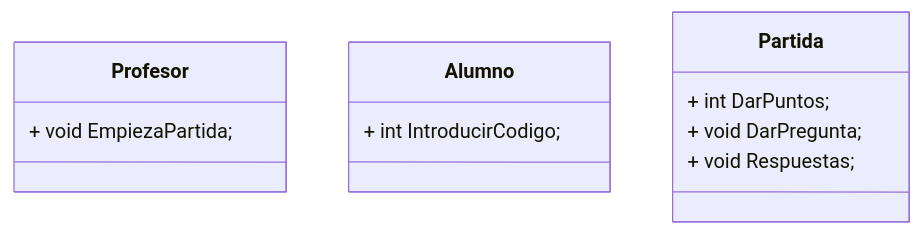
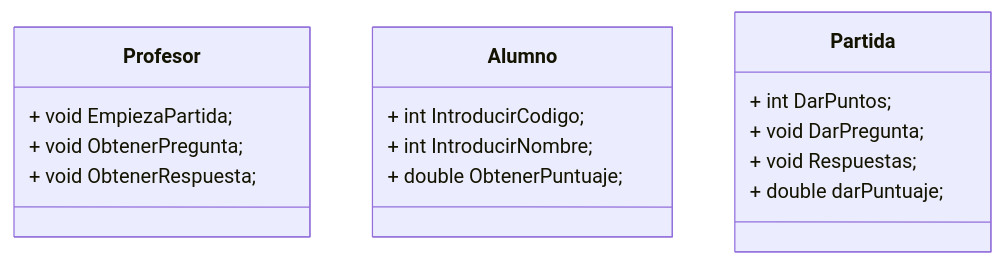
The diagram in README.md (MyNameIsAlecs/Kahoot-UML), drawn with Mermaid before and after one commit.

````diff
--- a/README.md
+++ b/README.md
@@ -32,14 +32,19 @@
 ```mermaid
     classDiagram
       class Profesor{
       + void EmpiezaPartida;
+      + void ObtenerPregunta;
+      + void ObtenerRespuesta;
     }
       class Alumno{
-      + int IntroducirCodigo;  
+      + int IntroducirCodigo;
+      + int IntroducirNombre; 
+      + double ObtenerPuntuaje; 
     }
       class Partida{
       + int DarPuntos;
       + void DarPregunta;
       + void Respuestas;
+      + double darPuntuaje;
     }
 ```
````
